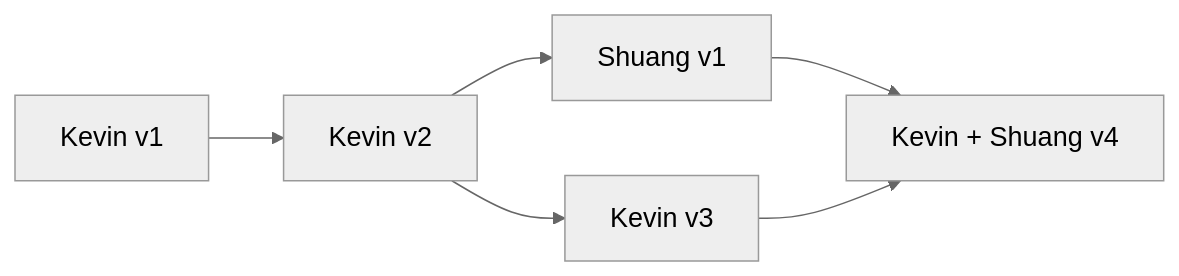
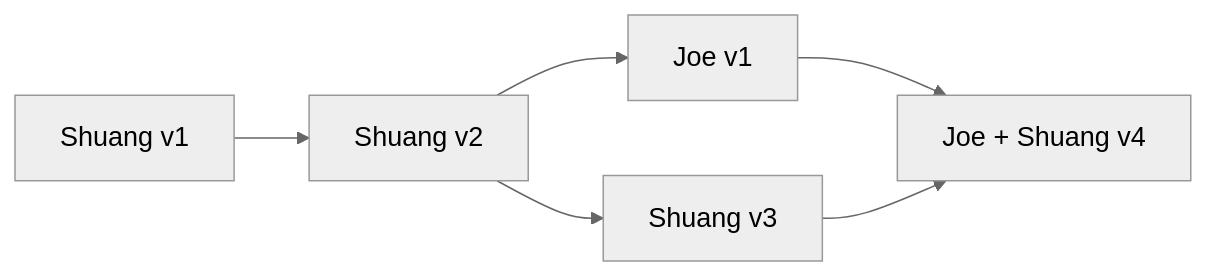
Before and after one commit to openpharma/workshop-r-swe: the first of 6 diagrams in slides/05_collaboration.qmd, drawn with Mermaid (neutral theme). The commit also changed other lines of this file, not shown here.

````diff
--- a/slides/05_collaboration.qmd
+++ b/slides/05_collaboration.qmd
@@ -68,8 +68,8 @@
 ```{mermaid}
 flowchart LR
-  A[<font size=4> Kevin v1] --> B[<font size=4> Kevin v2]
-  B --> C[<font size=4> Kevin v3]
-  B --> D[<font size=4> Shuang v1]
-  D --> E[<font size=4> Kevin + Shuang v4]
+  A[<font size=4> Shuang v1] --> B[<font size=4> Shuang v2]
+  B --> C[<font size=4> Shuang v3]
+  B --> D[<font size=4> Joe v1]
+  D --> E[<font size=4> Joe + Shuang v4]
   C --> E
 ```
````
